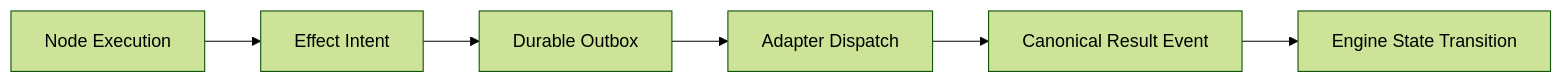
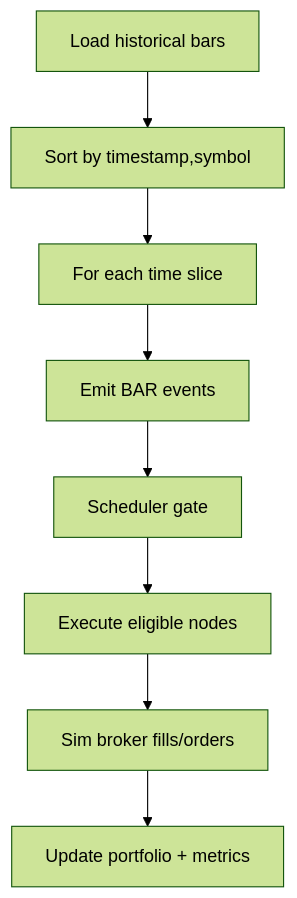
Before and after one commit to Coreza-io/coreza: the third of 3 diagrams in docs/coreza-trading-os-architecture-rfc.md, drawn with Mermaid (forest theme). The commit also changed other lines of this file and 4 other files, not shown here.

Commit message:
Stamp workflowSessionId on nodes at load-time entry points

````diff
--- a/docs/coreza-trading-os-architecture-rfc.md
+++ b/docs/coreza-trading-os-architecture-rfc.md
@@ -283,8 +231,10 @@
 ```mermaid
-flowchart LR
-  N[Node Execution] --> I[Effect Intent]
-  I --> O[Durable Outbox]
-  O --> A[Adapter Dispatch]
-  A --> E[Canonical Result Event]
-  E --> ENG[Engine State Transition]
+flowchart TD
+    A[Load historical bars] --> B[Sort by timestamp,symbol]
+    B --> C[For each time slice]
+    C --> D[Emit BAR events]
+    D --> E[Scheduler gate]
+    E --> F[Execute eligible nodes]
+    F --> G[Sim broker fills/orders]
+    G --> H[Update portfolio + metrics]
 ```
````
